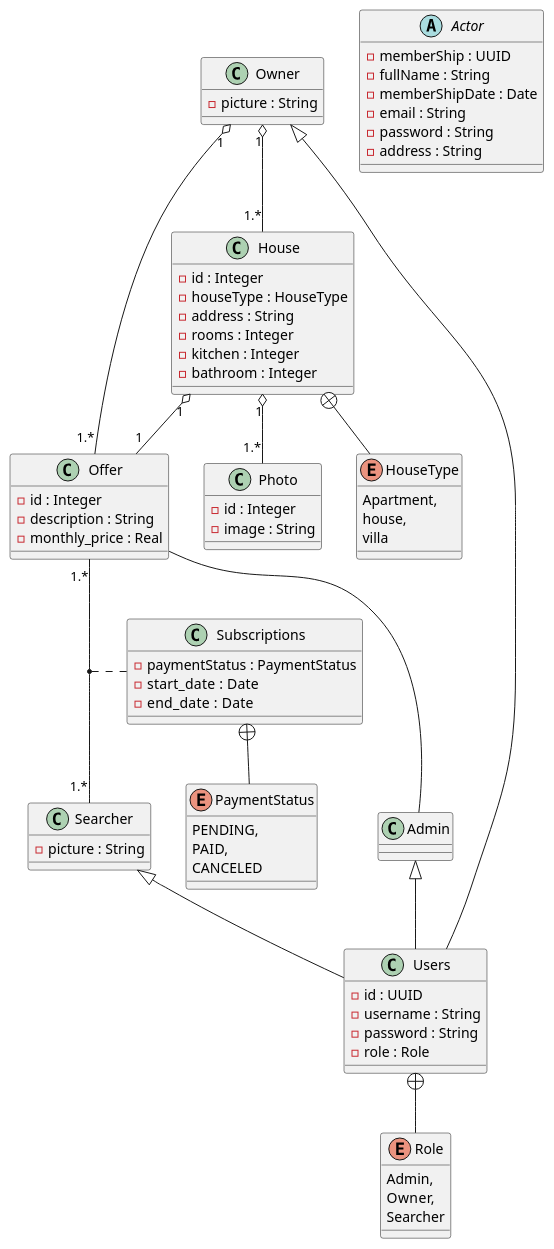
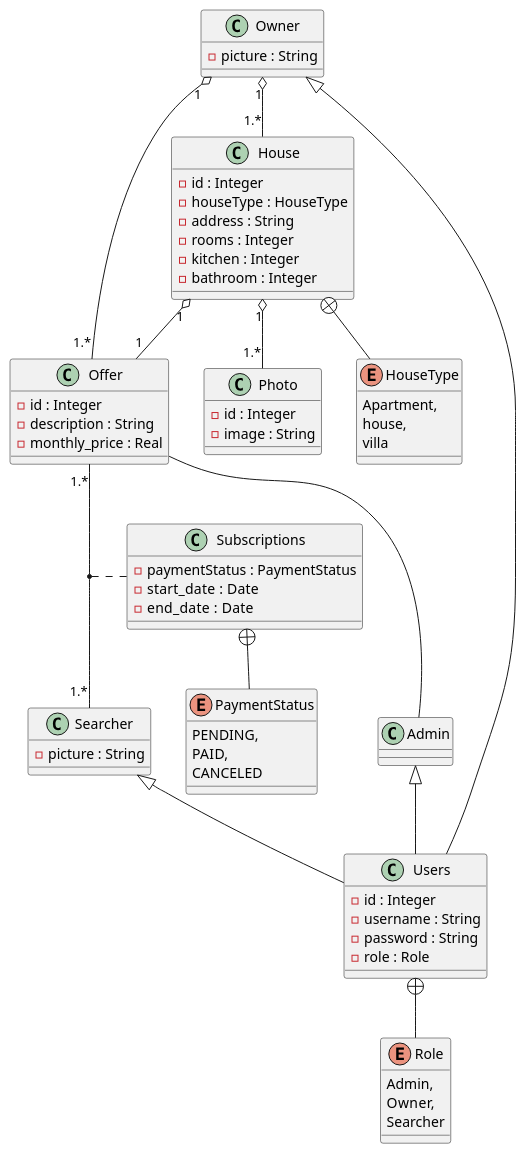
Before and after one commit to mrImad007/ColocHub: the diagram in UML/ClassDiagram.puml, drawn with PlantUML.

Commit message:
UML : Class diagram refactoring

```diff
--- a/UML/ClassDiagram.puml
+++ b/UML/ClassDiagram.puml
@@ -1,90 +1,89 @@
 @startuml
 
-abstract class Actor {
-    - memberShip : UUID
-    - fullName : String
-    - memberShipDate : Date
-    - email : String
-    - password : String
-    - address : String
-}
+'abstract class Actor {
+'    - memberShip : UUID
+'    - fullName : String
+'    - memberShipDate : Date
+'    - email : String
+'    - password : String
+'    - address : String
+'}
 class Owner {
     - picture : String
 }
 
 class Searcher {
     - picture : String
 }
 
 class Admin {}
 
 
 class Offer {
     - id : Integer
     - description : String
     - monthly_price : Real
 }
 
 class House {
     - id : Integer
     - houseType : HouseType
     - address : String
     - rooms : Integer
     - kitchen : Integer
     - bathroom : Integer
 }
 
 class Photo {
     - id : Integer
     - image : String
 }
 
 class Subscriptions {
     - paymentStatus : PaymentStatus
     - start_date :  Date
     - end_date :  Date
 }
 
 
 enum Role {
     Admin,
     Owner,
     Searcher
 }
 
 enum HouseType {
     Apartment,
     house,
     villa
 }
 
 enum PaymentStatus {
     PENDING,
     PAID,
     CANCELED
 }
 
-'this class is only for authentication
 class Users {
-    - id : UUID
+    - id : Integer
     - username : String
     - password : String
     - role : Role
 }
 
 Owner <|-- Users
 Searcher <|-- Users
 Admin <|-- Users
 
 Users +-- Role
 House +-- HouseType
 Subscriptions +-- PaymentStatus
 Offer "1.*" -- "1.*" Searcher
 (Searcher,Offer) .. Subscriptions
 House "1" o-- "1.*" Photo
 Offer -- Admin
 Owner "1" o-- "1.*" House
 House "1" o-- "1" Offer
 Owner "1" o-- "1.*" Offer
 
 @enduml
```
